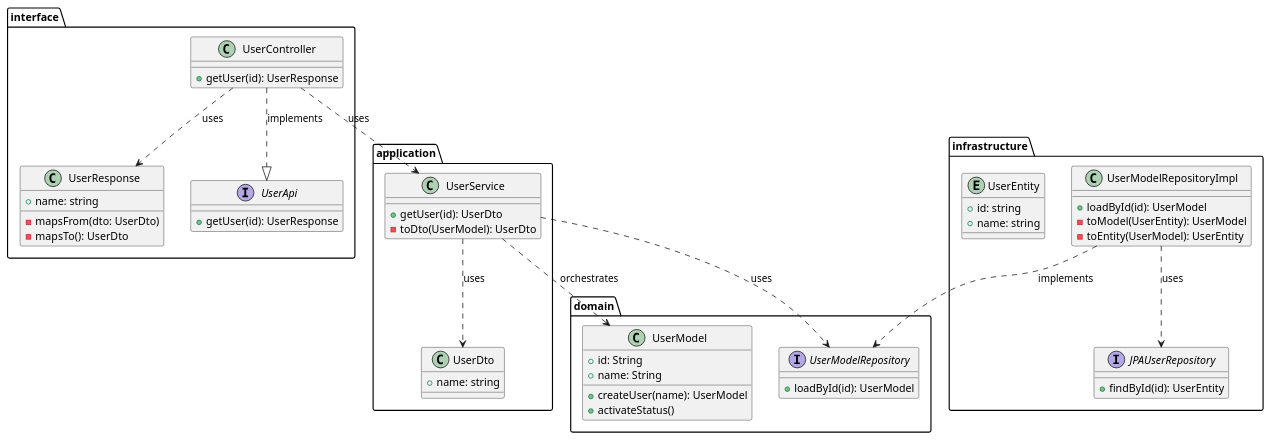
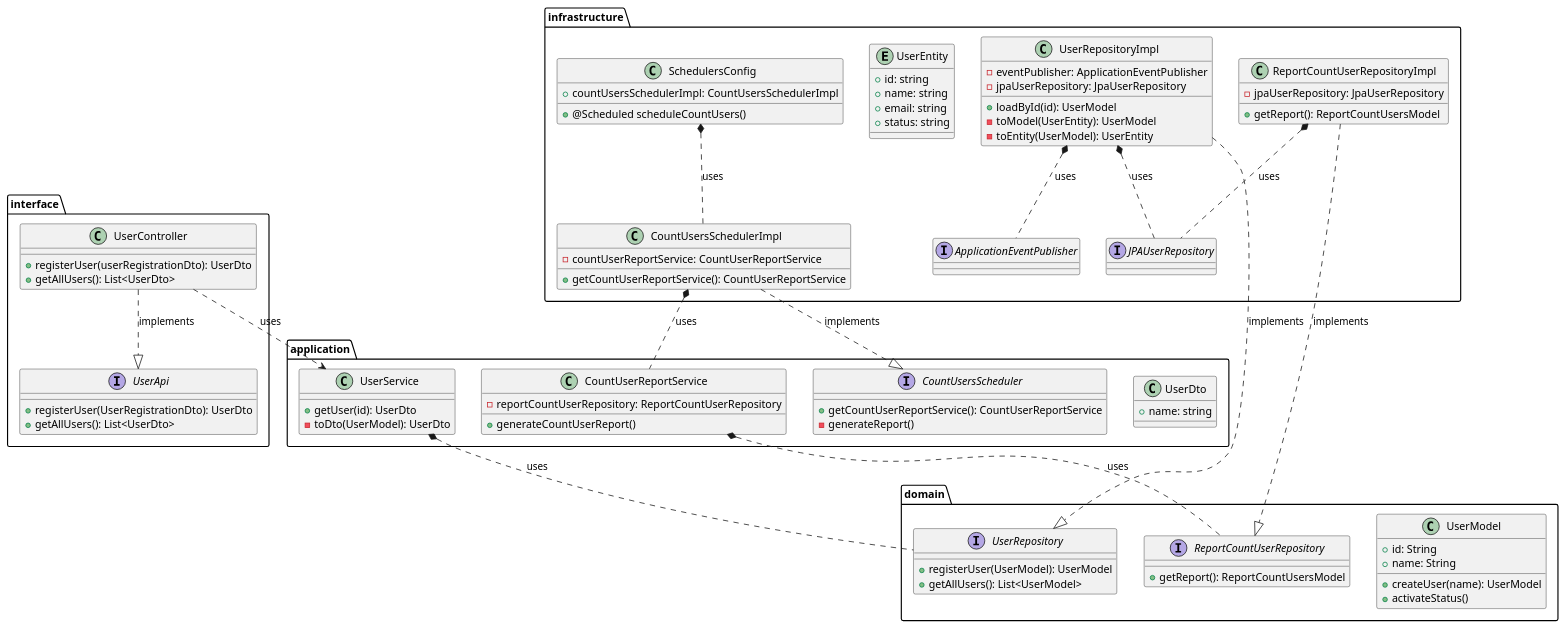
The diagram in docs/AppClassDiagram.puml (mulecode/ddd-poc), drawn with PlantUML before and after one commit. The commit also changed 28 other files, not shown here.

Commit message:
Adding original entity in model

```diff
--- a/docs/AppClassDiagram.puml
+++ b/docs/AppClassDiagram.puml
@@ -1,67 +1,96 @@
 @startuml
 'https://plantuml.com/class-diagram
 
 package interface {
-    class UserResponse {
-        + name: string
-        - mapsFrom(dto: UserDto)
-        - mapsTo(): UserDto
-    }
     interface UserApi {
-        + getUser(id): UserResponse
+        + registerUser(UserRegistrationDto): UserDto
+        + getAllUsers(): List<UserDto>
     }
     class UserController {
-        + getUser(id): UserResponse
+        + registerUser(userRegistrationDto): UserDto
+        + getAllUsers(): List<UserDto>
     }
 }
 
 package application {
     class UserDto {
         + name: string
     }
     class UserService {
         + getUser(id): UserDto
         - toDto(UserModel): UserDto
     }
+    class CountUserReportService {
+        - reportCountUserRepository: ReportCountUserRepository
+        + generateCountUserReport()
+    }
+    interface CountUsersScheduler {
+        + getCountUserReportService(): CountUserReportService
+        - generateReport()
+    }
 }
 package domain {
     class UserModel {
         + id: String
         + name: String
         + createUser(name): UserModel
         + activateStatus()
     }
-    interface UserModelRepository {
-        + loadById(id): UserModel
+    interface UserRepository {
+        + registerUser(UserModel): UserModel
+        + getAllUsers(): List<UserModel>
+    }
+    interface ReportCountUserRepository {
+        + getReport(): ReportCountUsersModel
     }
 }
 package infrastructure {
-    class UserModelRepositoryImpl {
+    class UserRepositoryImpl {
+        - eventPublisher: ApplicationEventPublisher
+        - jpaUserRepository: JpaUserRepository
         + loadById(id): UserModel
         - toModel(UserEntity): UserModel
         - toEntity(UserModel): UserEntity
     }
+    class ReportCountUserRepositoryImpl {
+        - jpaUserRepository: JpaUserRepository
+        + getReport(): ReportCountUsersModel
+    }
     interface JPAUserRepository {
-        + findById(id): UserEntity
+    }
+    interface ApplicationEventPublisher {
     }
     entity UserEntity {
         + id: string
         + name: string
+        + email: string
+        + status: string
+    }
+    class CountUsersSchedulerImpl {
+        - countUserReportService: CountUserReportService
+        + getCountUserReportService(): CountUserReportService
+    }
+    class SchedulersConfig {
+        + countUsersSchedulerImpl: CountUsersSchedulerImpl
+        + @Scheduled scheduleCountUsers()
     }
 }
 
 
+'Interface
 UserController ..|> UserApi : implements
 UserController ..> UserService : uses
-UserController ..> UserResponse : uses
 
-UserService ..> UserModel : orchestrates
-UserService ..> UserDto : uses
-UserService ..> UserModelRepository: uses
+'Application
+UserService *.. UserRepository: uses
 
-
-
-UserModelRepositoryImpl ..> UserModelRepository: implements
-UserModelRepositoryImpl ..> JPAUserRepository: uses
-
+CountUserReportService *.. ReportCountUserRepository: uses
+CountUsersSchedulerImpl ..|> CountUsersScheduler: implements
+CountUsersSchedulerImpl *.. CountUserReportService: uses
+SchedulersConfig *.. CountUsersSchedulerImpl: uses
+UserRepositoryImpl ..|> UserRepository: implements
+UserRepositoryImpl *.. JPAUserRepository: uses
+UserRepositoryImpl *.. ApplicationEventPublisher: uses
+ReportCountUserRepositoryImpl *.. JPAUserRepository: uses
+ReportCountUserRepositoryImpl ..|> ReportCountUserRepository: implements
 @enduml
```
